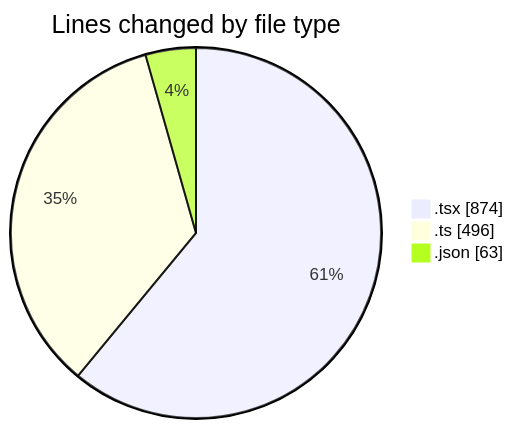
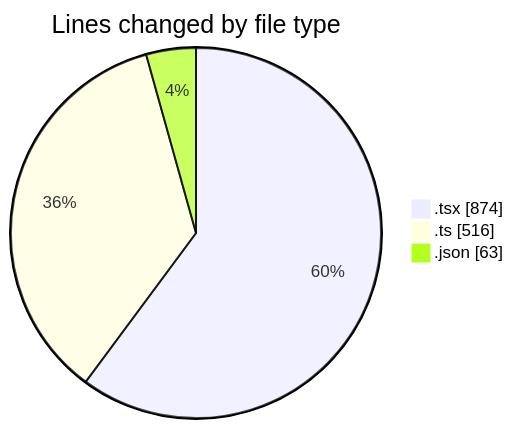
The first of 2 diagrams in 2025-10-21/eventscop-frontend-guide__workspace_/README.md (julien-gomy/code-tracking), drawn with Mermaid before and after one commit. The commit also changed other lines of this file and 1 other file, not shown here.

````diff
--- a/2025-10-21/eventscop-frontend-guide__workspace_/README.md
+++ b/2025-10-21/eventscop-frontend-guide__workspace_/README.md
@@ -37,7 +37,7 @@
 ```mermaid
 pie showData
 title Lines changed by file type
 ".tsx" : 874
-".ts" : 496
+".ts" : 516
 ".json" : 63
 ```
````
